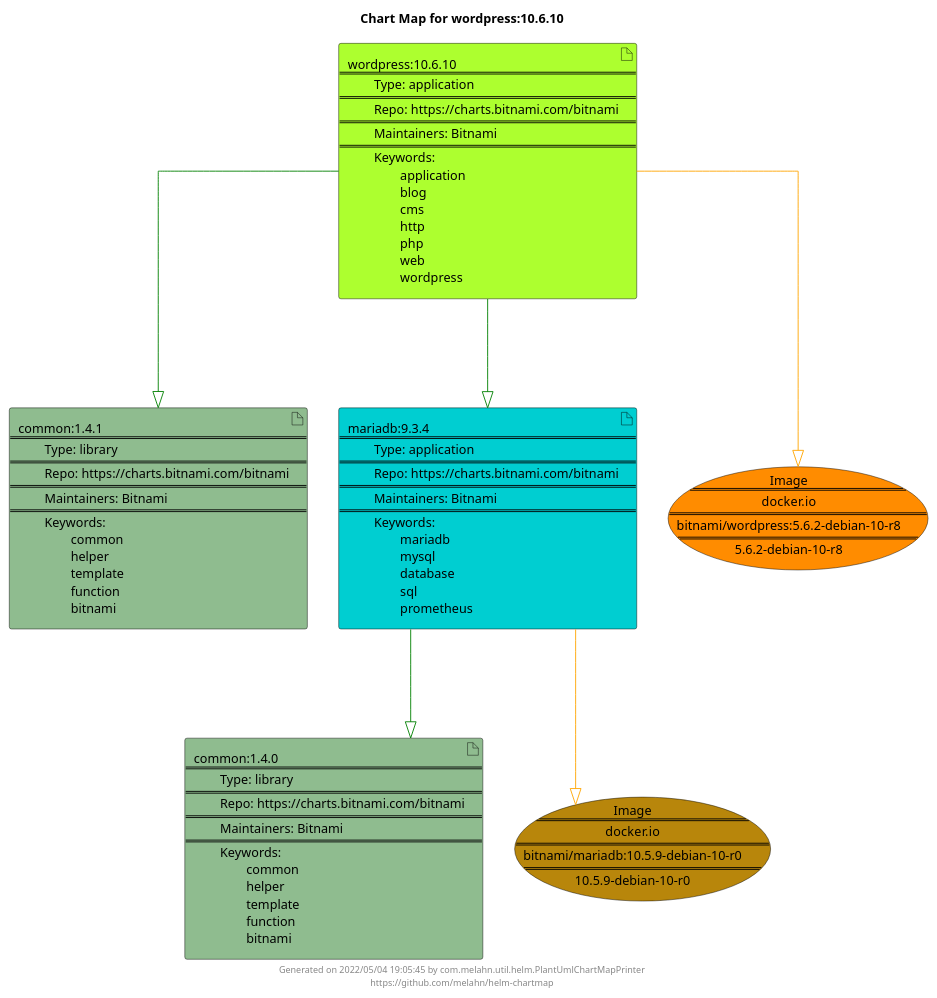
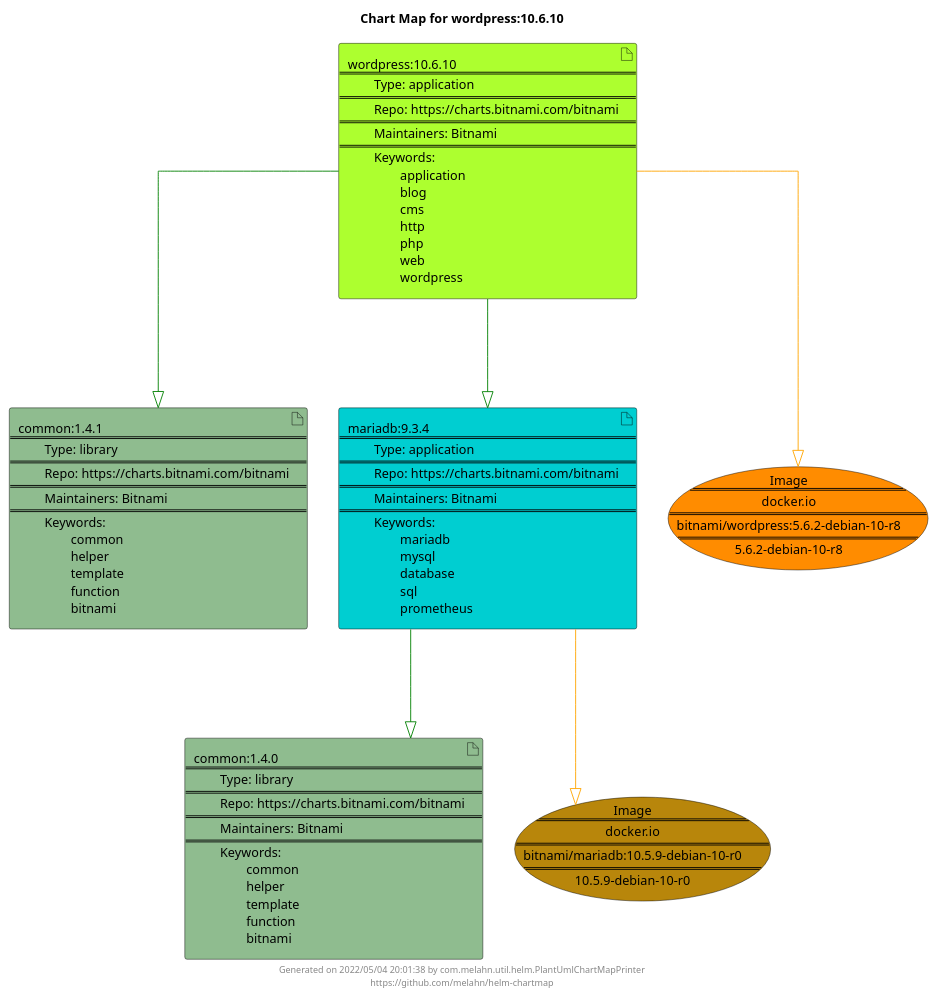
Before and after one commit to melahn/helm-chartmap: the diagram in docs/wordpress/wordpress-10.6.10.puml, drawn with PlantUML. The commit also changed 56 other files, not shown here.

Commit message:
Update Example Chart Maps as part of GitHub build

```diff
--- a/docs/wordpress/wordpress-10.6.10.puml
+++ b/docs/wordpress/wordpress-10.6.10.puml
@@ -1,29 +1,29 @@
 @startuml
 skinparam linetype ortho
 skinparam backgroundColor white
 skinparam usecaseBorderColor black
 skinparam usecaseArrowColor LightSlateGray
 skinparam artifactBorderColor black
 skinparam artifactArrowColor LightSlateGray
 
 title Chart Map for wordpress:10.6.10
 
 'There are 4 referenced Helm Charts
 artifact "common:1.4.1\n====\n\tType: library\n====\n\tRepo: https://charts.bitnami.com/bitnami\n====\n\tMaintainers: Bitnami\n====\n\tKeywords: \n\t\tcommon\n\t\thelper\n\t\ttemplate\n\t\tfunction\n\t\tbitnami" as common_1_4_1 #DarkSeaGreen
 artifact "mariadb:9.3.4\n====\n\tType: application\n====\n\tRepo: https://charts.bitnami.com/bitnami\n====\n\tMaintainers: Bitnami\n====\n\tKeywords: \n\t\tmariadb\n\t\tmysql\n\t\tdatabase\n\t\tsql\n\t\tprometheus" as mariadb_9_3_4 #DarkTurquoise
 artifact "common:1.4.0\n====\n\tType: library\n====\n\tRepo: https://charts.bitnami.com/bitnami\n====\n\tMaintainers: Bitnami\n====\n\tKeywords: \n\t\tcommon\n\t\thelper\n\t\ttemplate\n\t\tfunction\n\t\tbitnami" as common_1_4_0 #DarkSeaGreen
 artifact "wordpress:10.6.10\n====\n\tType: application\n====\n\tRepo: https://charts.bitnami.com/bitnami\n====\n\tMaintainers: Bitnami\n====\n\tKeywords: \n\t\tapplication\n\t\tblog\n\t\tcms\n\t\thttp\n\t\tphp\n\t\tweb\n\t\twordpress" as wordpress_10_6_10 #GreenYellow
 
 'There are 2 referenced Docker Images
 usecase "Image\n====\ndocker.io\n====\nbitnami/wordpress:5.6.2-debian-10-r8\n====\n5.6.2-debian-10-r8" as docker_io_bitnami_wordpress_5_6_2_debian_10_r8 #Darkorange
 usecase "Image\n====\ndocker.io\n====\nbitnami/mariadb:10.5.9-debian-10-r0\n====\n10.5.9-debian-10-r0" as docker_io_bitnami_mariadb_10_5_9_debian_10_r0 #DarkGoldenRod
 
 'Chart Dependencies
-wordpress_10_6_10--[#green]-|>common_1_4_1
 wordpress_10_6_10--[#green]-|>mariadb_9_3_4
 mariadb_9_3_4--[#green]-|>common_1_4_0
+wordpress_10_6_10--[#green]-|>common_1_4_1
 mariadb_9_3_4--[#orange]-|>docker_io_bitnami_mariadb_10_5_9_debian_10_r0
 wordpress_10_6_10--[#orange]-|>docker_io_bitnami_wordpress_5_6_2_debian_10_r8
 
-center footer Generated on 2022/05/04 19:05:45 by com.melahn.util.helm.PlantUmlChartMapPrinter\nhttps://github.com/melahn/helm-chartmap
+center footer Generated on 2022/05/04 20:01:38 by com.melahn.util.helm.PlantUmlChartMapPrinter\nhttps://github.com/melahn/helm-chartmap
 @enduml
```
